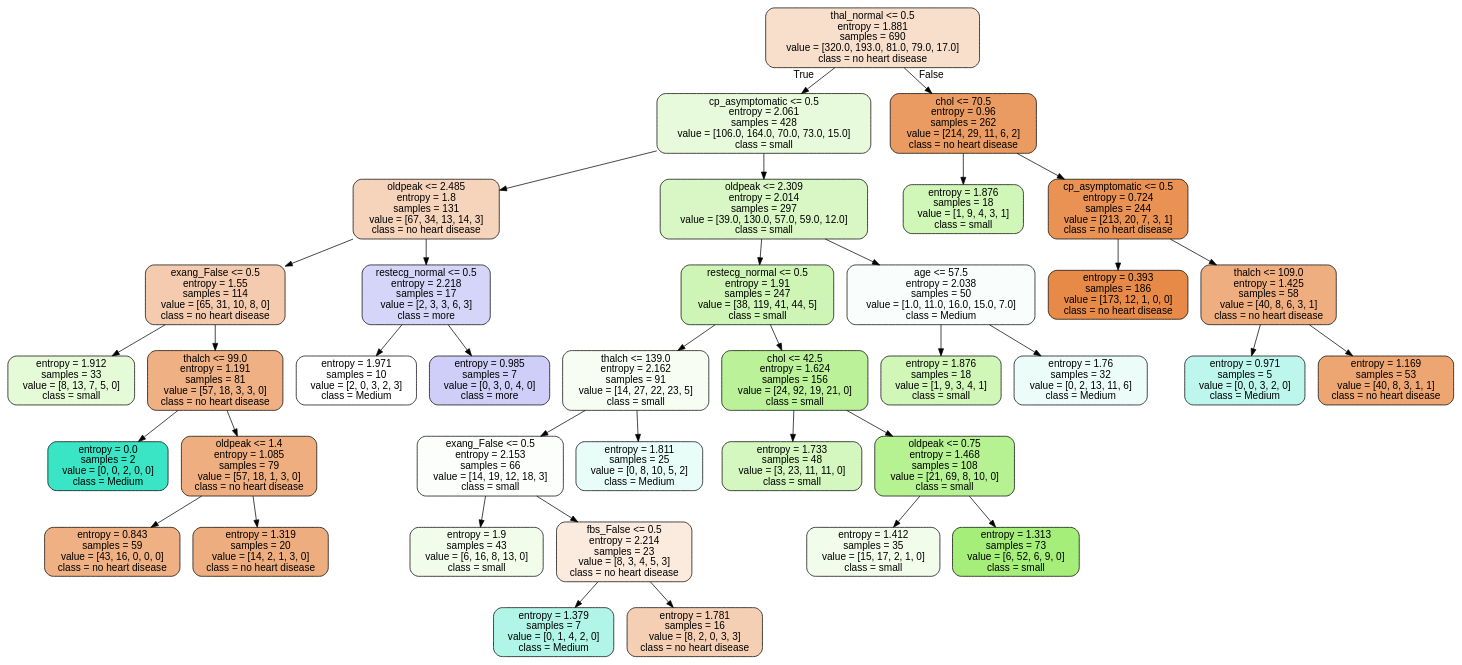
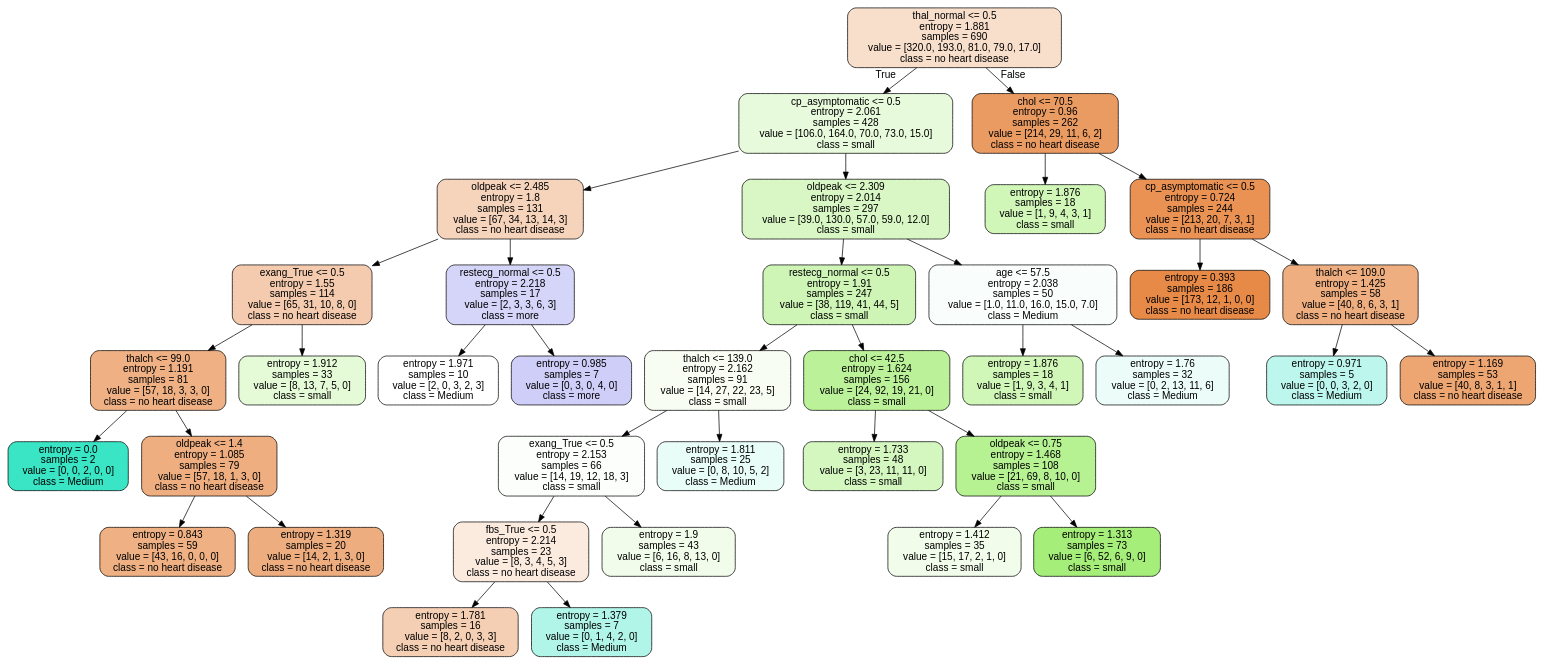
One commit to dxvidnrt/DataScience changed the diagram in assign1/Classification.dot. Above: the diagram before and after it, drawn with Graphviz. The commit also changed 6 other files, not shown here.

```diff
--- a/assign1/Classification.dot
+++ b/assign1/Classification.dot
@@ -1,77 +1,77 @@
 digraph Tree {
 node [shape=box, style="filled, rounded", color="black", fontname="helvetica"] ;
 edge [fontname="helvetica"] ;
 0 [label="thal_normal <= 0.5\nentropy = 1.881\nsamples = 690\nvalue = [320.0, 193.0, 81.0, 79.0, 17.0]\nclass = no heart disease", fillcolor="#f8dfcc"] ;
 1 [label="cp_asymptomatic <= 0.5\nentropy = 2.061\nsamples = 428\nvalue = [106.0, 164.0, 70.0, 73.0, 15.0]\nclass = small", fillcolor="#e7fadb"] ;
 0 -> 1 [labeldistance=2.5, labelangle=45, headlabel="True"] ;
 2 [label="oldpeak <= 2.485\nentropy = 1.8\nsamples = 131\nvalue = [67, 34, 13, 14, 3]\nclass = no heart disease", fillcolor="#f6d4bc"] ;
 1 -> 2 ;
-3 [label="exang_False <= 0.5\nentropy = 1.55\nsamples = 114\nvalue = [65, 31, 10, 8, 0]\nclass = no heart disease", fillcolor="#f4cbae"] ;
+3 [label="exang_True <= 0.5\nentropy = 1.55\nsamples = 114\nvalue = [65, 31, 10, 8, 0]\nclass = no heart disease", fillcolor="#f4cbae"] ;
 2 -> 3 ;
-4 [label="entropy = 1.912\nsamples = 33\nvalue = [8, 13, 7, 5, 0]\nclass = small", fillcolor="#e5fad7"] ;
+4 [label="thalch <= 99.0\nentropy = 1.191\nsamples = 81\nvalue = [57, 18, 3, 3, 0]\nclass = no heart disease", fillcolor="#efb184"] ;
 3 -> 4 ;
-5 [label="thalch <= 99.0\nentropy = 1.191\nsamples = 81\nvalue = [57, 18, 3, 3, 0]\nclass = no heart disease", fillcolor="#efb184"] ;
-3 -> 5 ;
-6 [label="entropy = 0.0\nsamples = 2\nvalue = [0, 0, 2, 0, 0]\nclass = Medium", fillcolor="#39e5c5"] ;
-5 -> 6 ;
-7 [label="oldpeak <= 1.4\nentropy = 1.085\nsamples = 79\nvalue = [57, 18, 1, 3, 0]\nclass = no heart disease", fillcolor="#eeae80"] ;
-5 -> 7 ;
-8 [label="entropy = 0.843\nsamples = 59\nvalue = [43, 16, 0, 0, 0]\nclass = no heart disease", fillcolor="#efb083"] ;
-7 -> 8 ;
-9 [label="entropy = 1.319\nsamples = 20\nvalue = [14, 2, 1, 3, 0]\nclass = no heart disease", fillcolor="#eead7f"] ;
-7 -> 9 ;
+5 [label="entropy = 0.0\nsamples = 2\nvalue = [0, 0, 2, 0, 0]\nclass = Medium", fillcolor="#39e5c5"] ;
+4 -> 5 ;
+6 [label="oldpeak <= 1.4\nentropy = 1.085\nsamples = 79\nvalue = [57, 18, 1, 3, 0]\nclass = no heart disease", fillcolor="#eeae80"] ;
+4 -> 6 ;
+7 [label="entropy = 0.843\nsamples = 59\nvalue = [43, 16, 0, 0, 0]\nclass = no heart disease", fillcolor="#efb083"] ;
+6 -> 7 ;
+8 [label="entropy = 1.319\nsamples = 20\nvalue = [14, 2, 1, 3, 0]\nclass = no heart disease", fillcolor="#eead7f"] ;
+6 -> 8 ;
+9 [label="entropy = 1.912\nsamples = 33\nvalue = [8, 13, 7, 5, 0]\nclass = small", fillcolor="#e5fad7"] ;
+3 -> 9 ;
 10 [label="restecg_normal <= 0.5\nentropy = 2.218\nsamples = 17\nvalue = [2, 3, 3, 6, 3]\nclass = more", fillcolor="#d5d5f9"] ;
 2 -> 10 ;
 11 [label="entropy = 1.971\nsamples = 10\nvalue = [2, 0, 3, 2, 3]\nclass = Medium", fillcolor="#ffffff"] ;
 10 -> 11 ;
 12 [label="entropy = 0.985\nsamples = 7\nvalue = [0, 3, 0, 4, 0]\nclass = more", fillcolor="#cecef8"] ;
 10 -> 12 ;
 13 [label="oldpeak <= 2.309\nentropy = 2.014\nsamples = 297\nvalue = [39.0, 130.0, 57.0, 59.0, 12.0]\nclass = small", fillcolor="#d8f7c4"] ;
 1 -> 13 ;
 14 [label="restecg_normal <= 0.5\nentropy = 1.91\nsamples = 247\nvalue = [38, 119, 41, 44, 5]\nclass = small", fillcolor="#cef5b6"] ;
 13 -> 14 ;
 15 [label="thalch <= 139.0\nentropy = 2.162\nsamples = 91\nvalue = [14, 27, 22, 23, 5]\nclass = small", fillcolor="#f7fdf3"] ;
 14 -> 15 ;
-16 [label="exang_False <= 0.5\nentropy = 2.153\nsamples = 66\nvalue = [14, 19, 12, 18, 3]\nclass = small", fillcolor="#fcfefb"] ;
+16 [label="exang_True <= 0.5\nentropy = 2.153\nsamples = 66\nvalue = [14, 19, 12, 18, 3]\nclass = small", fillcolor="#fcfefb"] ;
 15 -> 16 ;
-17 [label="entropy = 1.9\nsamples = 43\nvalue = [6, 16, 8, 13, 0]\nclass = small", fillcolor="#f2fceb"] ;
+17 [label="fbs_True <= 0.5\nentropy = 2.214\nsamples = 23\nvalue = [8, 3, 4, 5, 3]\nclass = no heart disease", fillcolor="#fbeade"] ;
 16 -> 17 ;
-18 [label="fbs_False <= 0.5\nentropy = 2.214\nsamples = 23\nvalue = [8, 3, 4, 5, 3]\nclass = no heart disease", fillcolor="#fbeade"] ;
-16 -> 18 ;
+18 [label="entropy = 1.781\nsamples = 16\nvalue = [8, 2, 0, 3, 3]\nclass = no heart disease", fillcolor="#f5cfb3"] ;
+17 -> 18 ;
 19 [label="entropy = 1.379\nsamples = 7\nvalue = [0, 1, 4, 2, 0]\nclass = Medium", fillcolor="#b0f5e8"] ;
-18 -> 19 ;
-20 [label="entropy = 1.781\nsamples = 16\nvalue = [8, 2, 0, 3, 3]\nclass = no heart disease", fillcolor="#f5cfb3"] ;
-18 -> 20 ;
+17 -> 19 ;
+20 [label="entropy = 1.9\nsamples = 43\nvalue = [6, 16, 8, 13, 0]\nclass = small", fillcolor="#f2fceb"] ;
+16 -> 20 ;
 21 [label="entropy = 1.811\nsamples = 25\nvalue = [0, 8, 10, 5, 2]\nclass = Medium", fillcolor="#e8fcf8"] ;
 15 -> 21 ;
 22 [label="chol <= 42.5\nentropy = 1.624\nsamples = 156\nvalue = [24, 92, 19, 21, 0]\nclass = small", fillcolor="#bbf299"] ;
 14 -> 22 ;
 23 [label="entropy = 1.733\nsamples = 48\nvalue = [3, 23, 11, 11, 0]\nclass = small", fillcolor="#d4f7bf"] ;
 22 -> 23 ;
 24 [label="oldpeak <= 0.75\nentropy = 1.468\nsamples = 108\nvalue = [21, 69, 8, 10, 0]\nclass = small", fillcolor="#b6f192"] ;
 22 -> 24 ;
 25 [label="entropy = 1.412\nsamples = 35\nvalue = [15, 17, 2, 1, 0]\nclass = small", fillcolor="#f2fceb"] ;
 24 -> 25 ;
 26 [label="entropy = 1.313\nsamples = 73\nvalue = [6, 52, 6, 9, 0]\nclass = small", fillcolor="#a6ee7a"] ;
 24 -> 26 ;
 27 [label="age <= 57.5\nentropy = 2.038\nsamples = 50\nvalue = [1.0, 11.0, 16.0, 15.0, 7.0]\nclass = Medium", fillcolor="#f9fefd"] ;
 13 -> 27 ;
 28 [label="entropy = 1.876\nsamples = 18\nvalue = [1, 9, 3, 4, 1]\nclass = small", fillcolor="#d0f6b8"] ;
 27 -> 28 ;
 29 [label="entropy = 1.76\nsamples = 32\nvalue = [0, 2, 13, 11, 6]\nclass = Medium", fillcolor="#ecfdf9"] ;
 27 -> 29 ;
 30 [label="chol <= 70.5\nentropy = 0.96\nsamples = 262\nvalue = [214, 29, 11, 6, 2]\nclass = no heart disease", fillcolor="#ea9b62"] ;
 0 -> 30 [labeldistance=2.5, labelangle=-45, headlabel="False"] ;
 31 [label="entropy = 1.876\nsamples = 18\nvalue = [1, 9, 4, 3, 1]\nclass = small", fillcolor="#d0f6b8"] ;
 30 -> 31 ;
 32 [label="cp_asymptomatic <= 0.5\nentropy = 0.724\nsamples = 244\nvalue = [213, 20, 7, 3, 1]\nclass = no heart disease", fillcolor="#e99254"] ;
 30 -> 32 ;
 33 [label="entropy = 0.393\nsamples = 186\nvalue = [173, 12, 1, 0, 0]\nclass = no heart disease", fillcolor="#e78a48"] ;
 32 -> 33 ;
 34 [label="thalch <= 109.0\nentropy = 1.425\nsamples = 58\nvalue = [40, 8, 6, 3, 1]\nclass = no heart disease", fillcolor="#eeae80"] ;
 32 -> 34 ;
 35 [label="entropy = 0.971\nsamples = 5\nvalue = [0, 0, 3, 2, 0]\nclass = Medium", fillcolor="#bdf6ec"] ;
 34 -> 35 ;
 36 [label="entropy = 1.169\nsamples = 53\nvalue = [40, 8, 3, 1, 1]\nclass = no heart disease", fillcolor="#eda572"] ;
 34 -> 36 ;
 }
```
